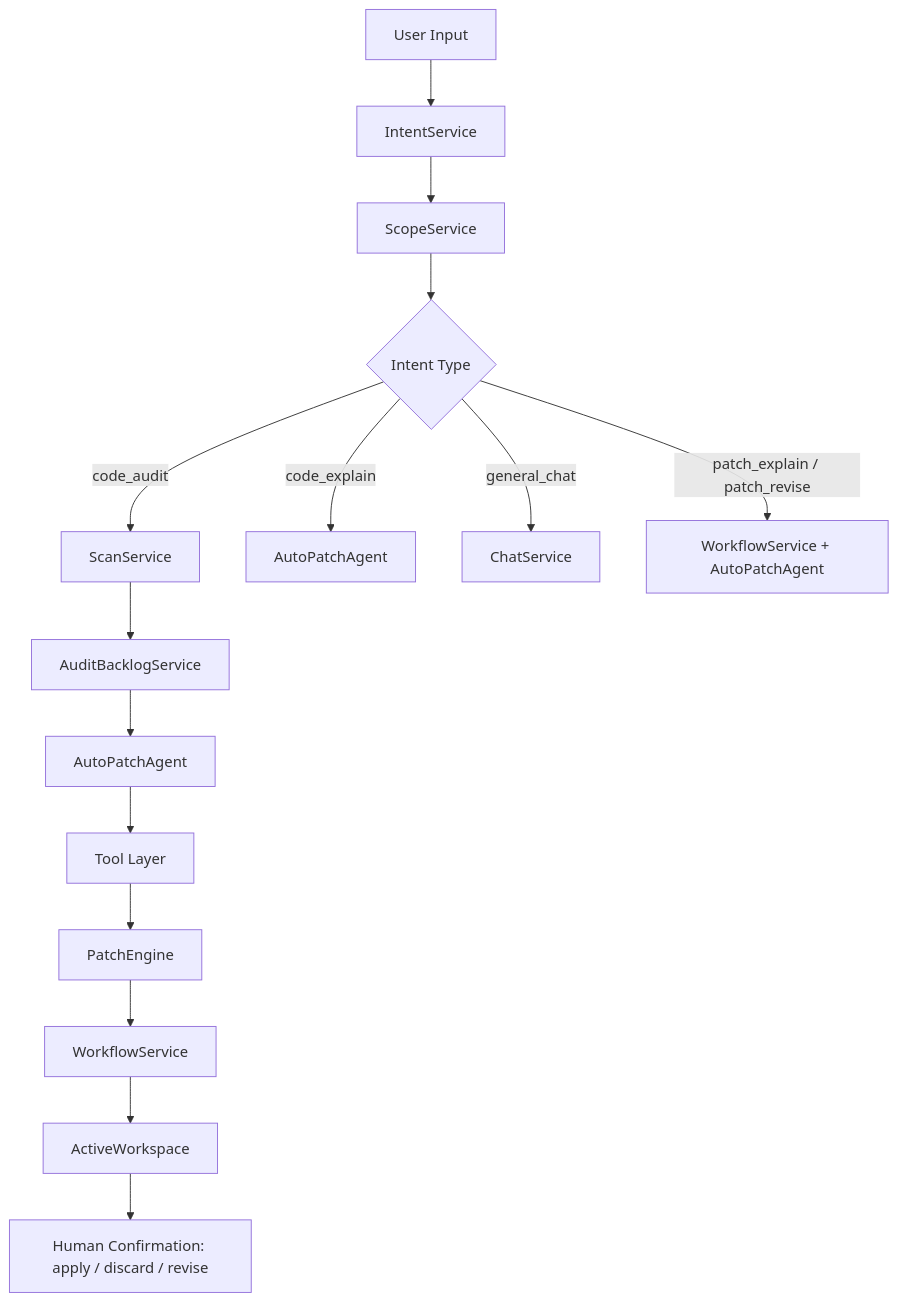
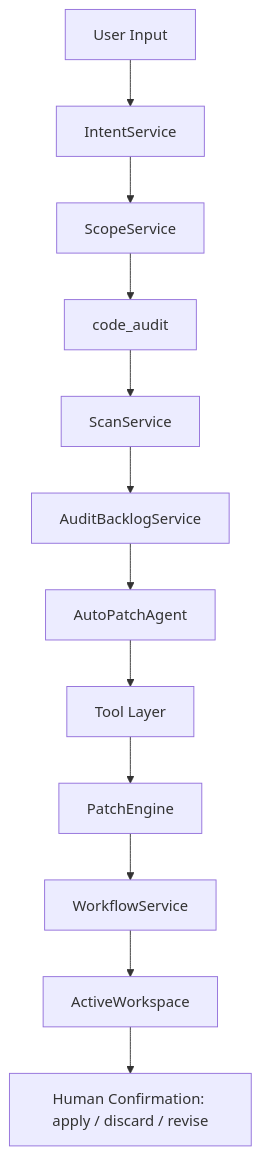
The diagram in README_EN.md (xLabel/AutoPatch-J), drawn with Mermaid before and after one commit. The commit also changed other lines of this file and 1 other file, not shown here.

Commit message:
docs: refine readme execution flow

````diff
--- a/README_EN.md
+++ b/README_EN.md
@@ -152,19 +154,14 @@
 ```mermaid
 flowchart TD
     A[User Input] --> B[IntentService]
     B --> C[ScopeService]
-    C --> D{Intent Type}
-
-    D -->|code_audit| E[ScanService]
+    C --> D[code_audit]
+    D --> E[ScanService]
     E --> F[AuditBacklogService]
     F --> G[AutoPatchAgent]
     G --> H[Tool Layer]
     H --> I[PatchEngine]
     I --> J[WorkflowService]
     J --> K[ActiveWorkspace]
     K --> L[Human Confirmation: apply / discard / revise]
-
-    D -->|code_explain| M[AutoPatchAgent]
-    D -->|general_chat| N[ChatService]
-    D -->|patch_explain / patch_revise| O[WorkflowService + AutoPatchAgent]
 ```
````
